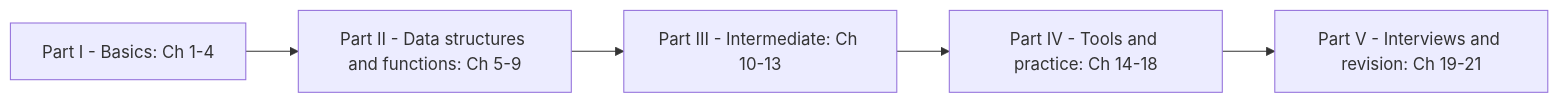
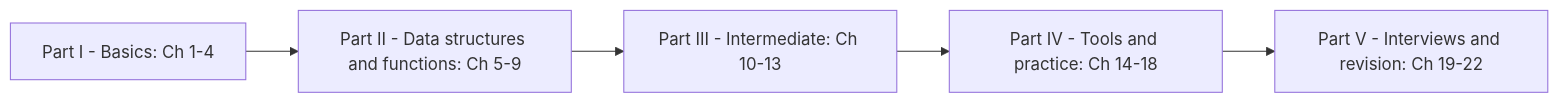
Before and after one commit to vsns11/interview_notes: the diagram in python/README.md, drawn with Mermaid. The commit also changed other lines of this file and 3 other files, not shown here.

````diff
--- a/python/README.md
+++ b/python/README.md
@@ -33,7 +34,7 @@
 ```mermaid
 flowchart LR
     A["Part I - Basics: Ch 1-4"] --> B["Part II - Data structures and functions: Ch 5-9"]
     B --> C["Part III - Intermediate: Ch 10-13"]
     C --> D["Part IV - Tools and practice: Ch 14-18"]
-    D --> E["Part V - Interviews and revision: Ch 19-21"]
+    D --> E["Part V - Interviews and revision: Ch 19-22"]
 ```
````
